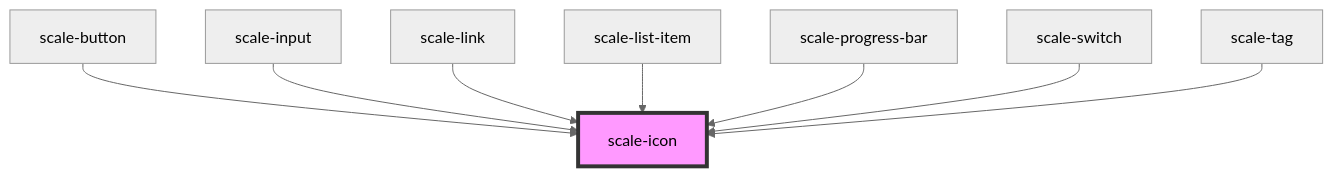
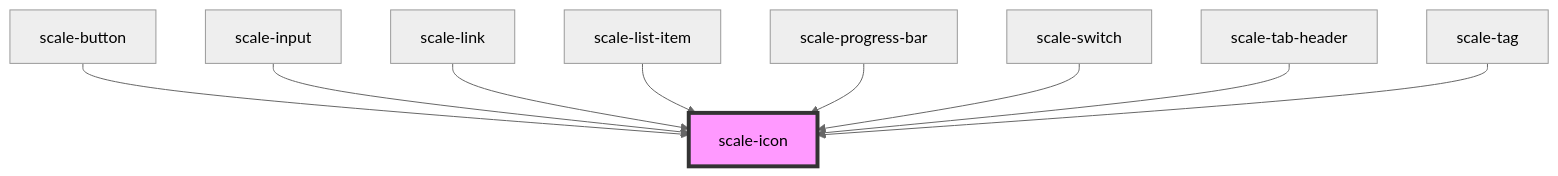
The diagram in packages/components/src/components/icon/readme.md (gaurishkamat/scale), drawn with Mermaid (neutral theme) before and after one commit. The commit also changed other lines of this file and 6 other files, not shown here.

````diff
--- a/packages/components/src/components/icon/readme.md
+++ b/packages/components/src/components/icon/readme.md
@@ -59,11 +60,12 @@
 ```mermaid
 graph TD;
   scale-button --> scale-icon
   scale-input --> scale-icon
   scale-link --> scale-icon
   scale-list-item --> scale-icon
   scale-progress-bar --> scale-icon
   scale-switch --> scale-icon
+  scale-tab-header --> scale-icon
   scale-tag --> scale-icon
   style scale-icon fill:#f9f,stroke:#333,stroke-width:4px
 ```
````
